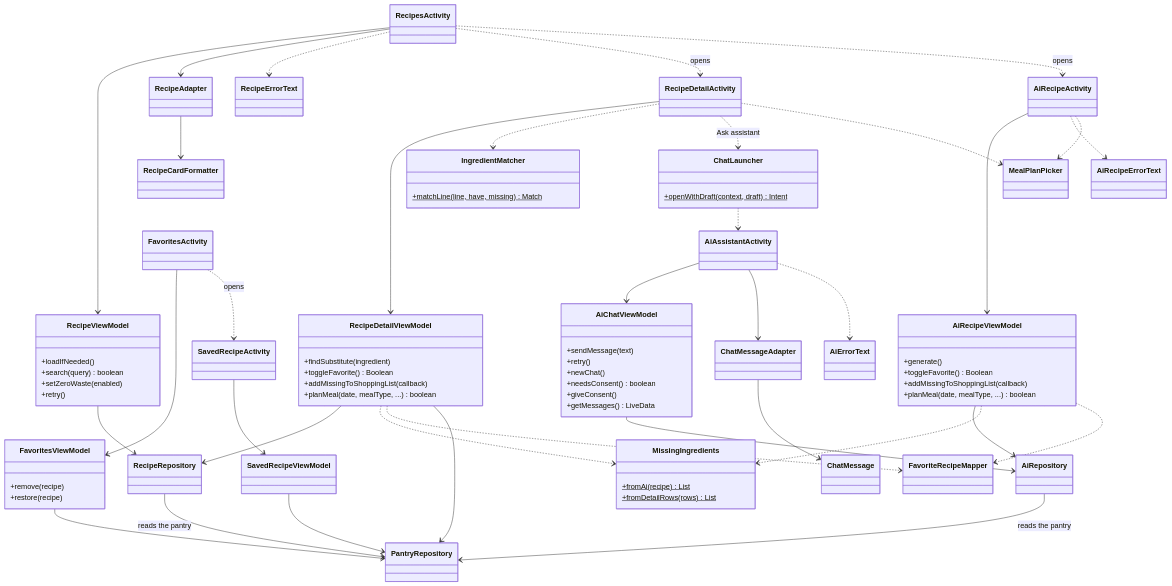
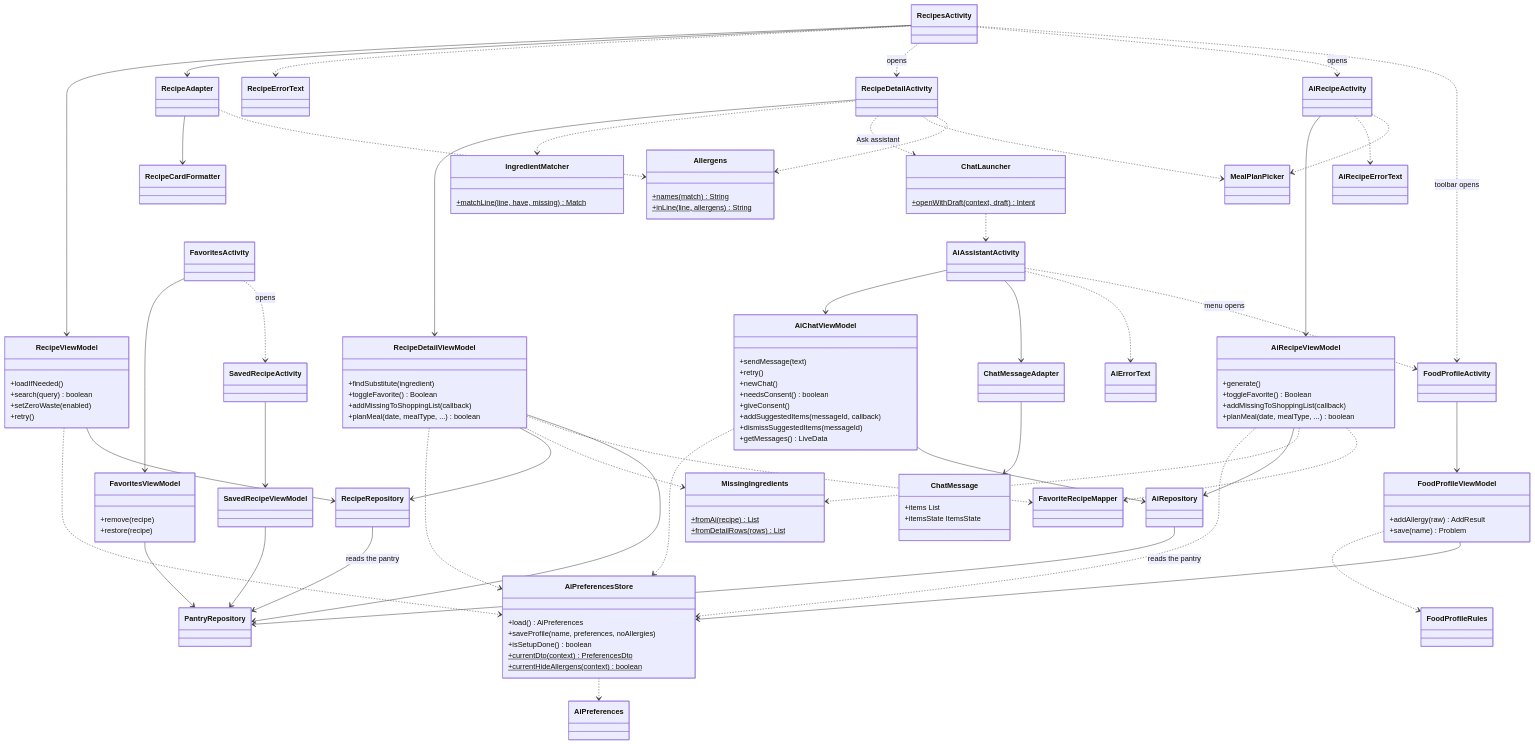
One commit to HZohra/PantryWise-Group-Project changed the diagram in docs/diagrams/src/04-ai-engine-04.mmd. Above: the diagram before and after it, drawn with Mermaid. The commit also changed 28 other files, not shown here.

First line of the commit message:
Update documentation for the food profile PR and show it before the permission dialog

```diff
--- a/docs/diagrams/src/04-ai-engine-04.mmd
+++ b/docs/diagrams/src/04-ai-engine-04.mmd
@@ -1,95 +1,130 @@
 classDiagram
     class AiAssistantActivity
     class AiChatViewModel {
         +sendMessage(text)
         +retry()
         +newChat()
         +needsConsent() boolean
         +giveConsent()
+        +addSuggestedItems(messageId, callback)
+        +dismissSuggestedItems(messageId)
         +getMessages() LiveData
     }
     class ChatMessageAdapter
-    class ChatMessage
+    class ChatMessage {
+        +items List
+        +itemsState ItemsState
+    }
     class RecipesActivity
     class RecipeViewModel {
         +loadIfNeeded()
         +search(query) boolean
         +setZeroWaste(enabled)
         +retry()
     }
     class RecipeAdapter
     class RecipeCardFormatter
     class RecipeDetailActivity
     class RecipeDetailViewModel {
         +findSubstitute(ingredient)
         +toggleFavorite() Boolean
         +addMissingToShoppingList(callback)
         +planMeal(date, mealType, ...) boolean
     }
     class AiRecipeActivity
     class AiRecipeViewModel {
         +generate()
         +toggleFavorite() Boolean
         +addMissingToShoppingList(callback)
         +planMeal(date, mealType, ...) boolean
     }
     class FavoritesActivity
     class FavoritesViewModel {
         +remove(recipe)
         +restore(recipe)
     }
     class SavedRecipeActivity
     class SavedRecipeViewModel
     class IngredientMatcher {
         +matchLine(line, have, missing)$ Match
     }
     class MissingIngredients {
         +fromAi(recipe)$ List
         +fromDetailRows(rows)$ List
     }
     class FavoriteRecipeMapper
     class ChatLauncher {
         +openWithDraft(context, draft)$ Intent
     }
     class MealPlanPicker
     class AiErrorText
     class RecipeErrorText
     class AiRecipeErrorText
+    class FoodProfileActivity
+    class FoodProfileViewModel {
+        +addAllergy(raw) AddResult
+        +save(name) Problem
+    }
+    class FoodProfileRules
+    class AiPreferences
+    class AiPreferencesStore {
+        +load() AiPreferences
+        +saveProfile(name, preferences, noAllergies)
+        +isSetupDone() boolean
+        +currentDto(context)$ PreferencesDto
+        +currentHideAllergens(context)$ boolean
+    }
+    class Allergens {
+        +names(match)$ String
+        +inLine(line, allergens)$ String
+    }
     class AiRepository
     class RecipeRepository
     class PantryRepository
 
     AiAssistantActivity --> AiChatViewModel
     AiAssistantActivity --> ChatMessageAdapter
     ChatMessageAdapter --> ChatMessage
     AiAssistantActivity ..> AiErrorText
     RecipesActivity --> RecipeViewModel
     RecipesActivity --> RecipeAdapter
     RecipeAdapter --> RecipeCardFormatter
     RecipesActivity ..> RecipeErrorText
     RecipesActivity ..> RecipeDetailActivity : opens
     RecipesActivity ..> AiRecipeActivity : opens
     RecipeDetailActivity --> RecipeDetailViewModel
     RecipeDetailActivity ..> IngredientMatcher
     RecipeDetailActivity ..> ChatLauncher : Ask assistant
     RecipeDetailActivity ..> MealPlanPicker
     AiRecipeActivity --> AiRecipeViewModel
     AiRecipeActivity ..> AiRecipeErrorText
     AiRecipeActivity ..> MealPlanPicker
     FavoritesActivity --> FavoritesViewModel
     FavoritesActivity ..> SavedRecipeActivity : opens
     SavedRecipeActivity --> SavedRecipeViewModel
     ChatLauncher ..> AiAssistantActivity
+    AiAssistantActivity ..> FoodProfileActivity : menu opens
+    RecipesActivity ..> FoodProfileActivity : toolbar opens
+    FoodProfileActivity --> FoodProfileViewModel
+    FoodProfileViewModel ..> FoodProfileRules
+    FoodProfileViewModel --> AiPreferencesStore
+    AiPreferencesStore ..> AiPreferences
+    AiChatViewModel ..> AiPreferencesStore
+    AiRecipeViewModel ..> AiPreferencesStore
+    RecipeViewModel ..> AiPreferencesStore
+    RecipeDetailViewModel ..> AiPreferencesStore
+    RecipeAdapter ..> Allergens
+    RecipeDetailActivity ..> Allergens
     AiChatViewModel --> AiRepository
     AiRecipeViewModel --> AiRepository
     AiRecipeViewModel ..> MissingIngredients
     AiRecipeViewModel ..> FavoriteRecipeMapper
     RecipeViewModel --> RecipeRepository
     RecipeDetailViewModel --> RecipeRepository
     RecipeDetailViewModel ..> MissingIngredients
     RecipeDetailViewModel ..> FavoriteRecipeMapper
     RecipeDetailViewModel --> PantryRepository
     FavoritesViewModel --> PantryRepository
     SavedRecipeViewModel --> PantryRepository
     AiRepository --> PantryRepository : reads the pantry
     RecipeRepository --> PantryRepository : reads the pantry
```
